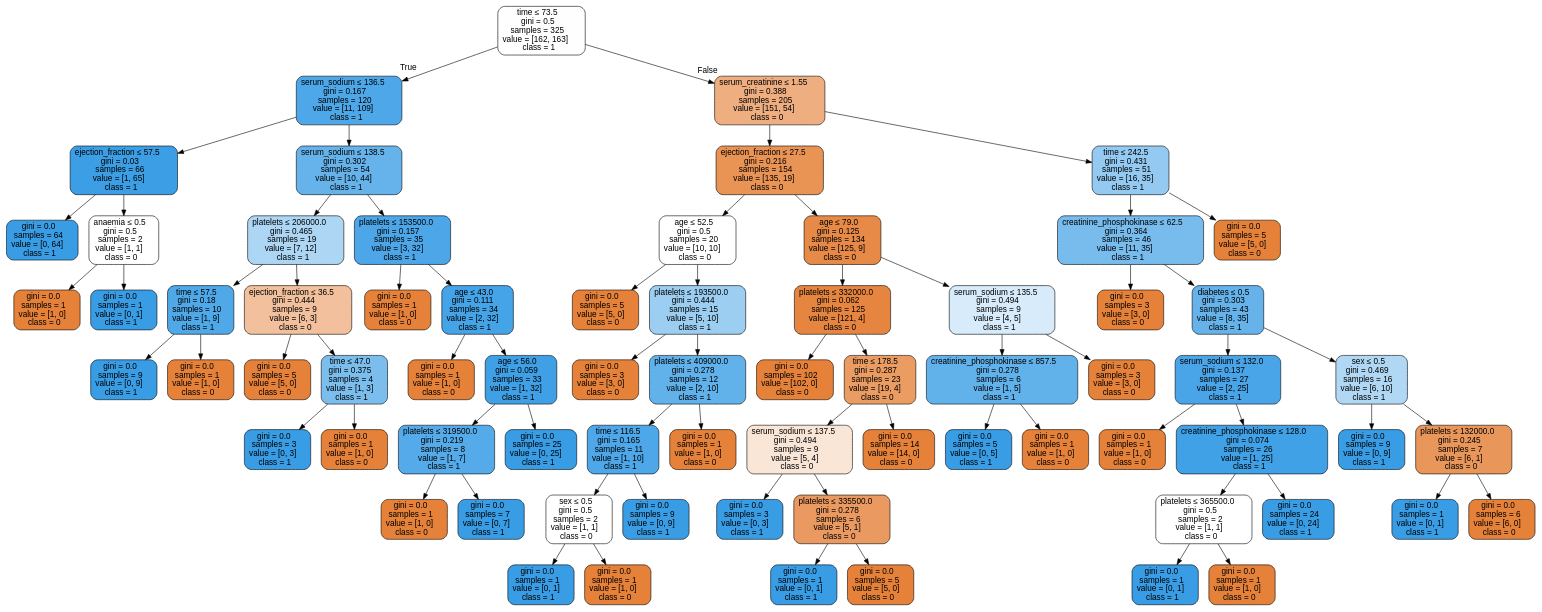
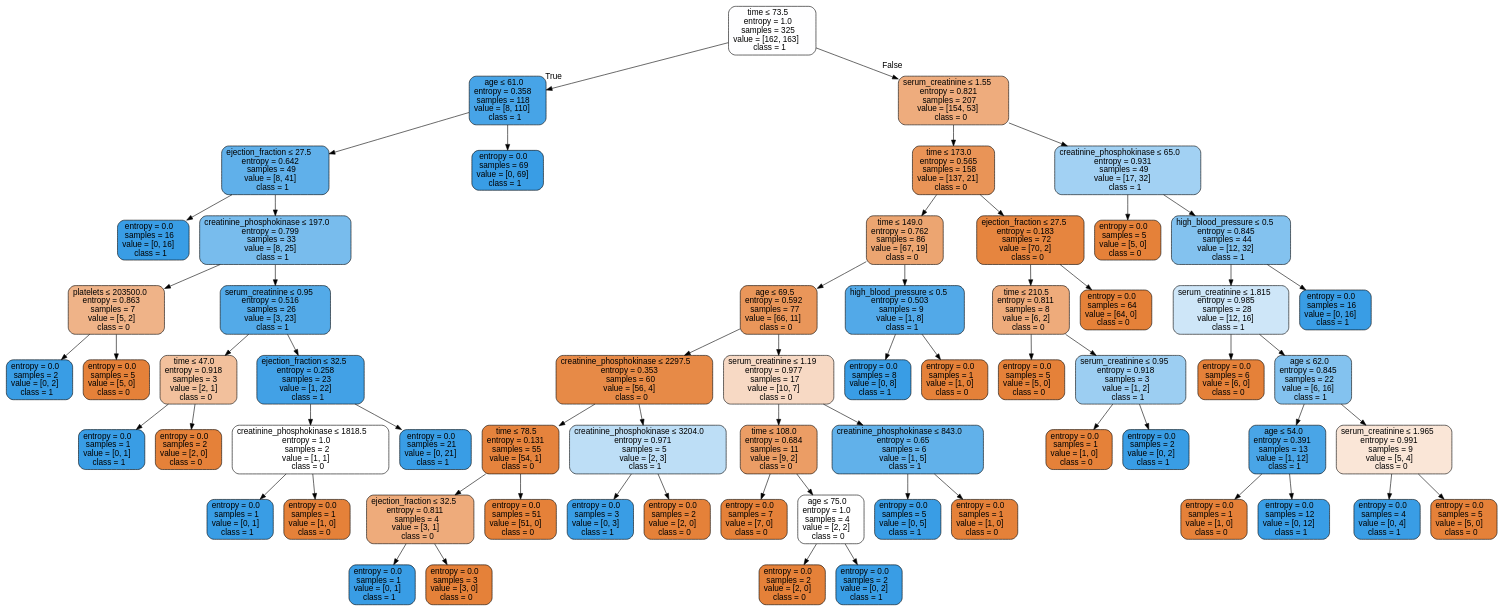
One commit to isabelSoares/CD-2021 changed the diagram in Labs/NewClassifiers/Results/DecisionTrees/OverSample/First/HFCR - OverSample - dtree.dot. Above: the diagram before and after it, drawn with Graphviz. The commit also changed 206 other files, not shown here.

```diff
--- a/Labs/NewClassifiers/Results/DecisionTrees/OverSample/First/HFCR - OverSample - dtree.dot
+++ b/Labs/NewClassifiers/Results/DecisionTrees/OverSample/First/HFCR - OverSample - dtree.dot
@@ -1,145 +1,129 @@
 digraph Tree {
 node [shape=box, style="filled, rounded", color="black", fontname=helvetica] ;
 edge [fontname=helvetica] ;
-0 [label=<time &le; 73.5<br/>gini = 0.5<br/>samples = 325<br/>value = [162, 163]<br/>class = 1>, fillcolor="#fefeff"] ;
-1 [label=<serum_sodium &le; 136.5<br/>gini = 0.167<br/>samples = 120<br/>value = [11, 109]<br/>class = 1>, fillcolor="#4da7e8"] ;
+0 [label=<time &le; 73.5<br/>entropy = 1.0<br/>samples = 325<br/>value = [162, 163]<br/>class = 1>, fillcolor="#fefeff"] ;
+1 [label=<age &le; 61.0<br/>entropy = 0.358<br/>samples = 118<br/>value = [8, 110]<br/>class = 1>, fillcolor="#47a4e7"] ;
 0 -> 1 [labeldistance=2.5, labelangle=45, headlabel="True"] ;
-2 [label=<ejection_fraction &le; 57.5<br/>gini = 0.03<br/>samples = 66<br/>value = [1, 65]<br/>class = 1>, fillcolor="#3c9fe5"] ;
+2 [label=<ejection_fraction &le; 27.5<br/>entropy = 0.642<br/>samples = 49<br/>value = [8, 41]<br/>class = 1>, fillcolor="#60b0ea"] ;
 1 -> 2 ;
-3 [label=<gini = 0.0<br/>samples = 64<br/>value = [0, 64]<br/>class = 1>, fillcolor="#399de5"] ;
+3 [label=<entropy = 0.0<br/>samples = 16<br/>value = [0, 16]<br/>class = 1>, fillcolor="#399de5"] ;
 2 -> 3 ;
-4 [label=<anaemia &le; 0.5<br/>gini = 0.5<br/>samples = 2<br/>value = [1, 1]<br/>class = 0>, fillcolor="#ffffff"] ;
+4 [label=<creatinine_phosphokinase &le; 197.0<br/>entropy = 0.799<br/>samples = 33<br/>value = [8, 25]<br/>class = 1>, fillcolor="#78bced"] ;
 2 -> 4 ;
-5 [label=<gini = 0.0<br/>samples = 1<br/>value = [1, 0]<br/>class = 0>, fillcolor="#e58139"] ;
+5 [label=<platelets &le; 203500.0<br/>entropy = 0.863<br/>samples = 7<br/>value = [5, 2]<br/>class = 0>, fillcolor="#efb388"] ;
 4 -> 5 ;
-6 [label=<gini = 0.0<br/>samples = 1<br/>value = [0, 1]<br/>class = 1>, fillcolor="#399de5"] ;
-4 -> 6 ;
-7 [label=<serum_sodium &le; 138.5<br/>gini = 0.302<br/>samples = 54<br/>value = [10, 44]<br/>class = 1>, fillcolor="#66b3eb"] ;
-1 -> 7 ;
-8 [label=<platelets &le; 206000.0<br/>gini = 0.465<br/>samples = 19<br/>value = [7, 12]<br/>class = 1>, fillcolor="#acd6f4"] ;
-7 -> 8 ;
-9 [label=<time &le; 57.5<br/>gini = 0.18<br/>samples = 10<br/>value = [1, 9]<br/>class = 1>, fillcolor="#4fa8e8"] ;
+6 [label=<entropy = 0.0<br/>samples = 2<br/>value = [0, 2]<br/>class = 1>, fillcolor="#399de5"] ;
+5 -> 6 ;
+7 [label=<entropy = 0.0<br/>samples = 5<br/>value = [5, 0]<br/>class = 0>, fillcolor="#e58139"] ;
+5 -> 7 ;
+8 [label=<serum_creatinine &le; 0.95<br/>entropy = 0.516<br/>samples = 26<br/>value = [3, 23]<br/>class = 1>, fillcolor="#53aae8"] ;
+4 -> 8 ;
+9 [label=<time &le; 47.0<br/>entropy = 0.918<br/>samples = 3<br/>value = [2, 1]<br/>class = 0>, fillcolor="#f2c09c"] ;
 8 -> 9 ;
-10 [label=<gini = 0.0<br/>samples = 9<br/>value = [0, 9]<br/>class = 1>, fillcolor="#399de5"] ;
+10 [label=<entropy = 0.0<br/>samples = 1<br/>value = [0, 1]<br/>class = 1>, fillcolor="#399de5"] ;
 9 -> 10 ;
-11 [label=<gini = 0.0<br/>samples = 1<br/>value = [1, 0]<br/>class = 0>, fillcolor="#e58139"] ;
+11 [label=<entropy = 0.0<br/>samples = 2<br/>value = [2, 0]<br/>class = 0>, fillcolor="#e58139"] ;
 9 -> 11 ;
-12 [label=<ejection_fraction &le; 36.5<br/>gini = 0.444<br/>samples = 9<br/>value = [6, 3]<br/>class = 0>, fillcolor="#f2c09c"] ;
+12 [label=<ejection_fraction &le; 32.5<br/>entropy = 0.258<br/>samples = 23<br/>value = [1, 22]<br/>class = 1>, fillcolor="#42a1e6"] ;
 8 -> 12 ;
-13 [label=<gini = 0.0<br/>samples = 5<br/>value = [5, 0]<br/>class = 0>, fillcolor="#e58139"] ;
+13 [label=<creatinine_phosphokinase &le; 1818.5<br/>entropy = 1.0<br/>samples = 2<br/>value = [1, 1]<br/>class = 0>, fillcolor="#ffffff"] ;
 12 -> 13 ;
-14 [label=<time &le; 47.0<br/>gini = 0.375<br/>samples = 4<br/>value = [1, 3]<br/>class = 1>, fillcolor="#7bbeee"] ;
-12 -> 14 ;
-15 [label=<gini = 0.0<br/>samples = 3<br/>value = [0, 3]<br/>class = 1>, fillcolor="#399de5"] ;
-14 -> 15 ;
-16 [label=<gini = 0.0<br/>samples = 1<br/>value = [1, 0]<br/>class = 0>, fillcolor="#e58139"] ;
-14 -> 16 ;
-17 [label=<platelets &le; 153500.0<br/>gini = 0.157<br/>samples = 35<br/>value = [3, 32]<br/>class = 1>, fillcolor="#4ca6e7"] ;
-7 -> 17 ;
-18 [label=<gini = 0.0<br/>samples = 1<br/>value = [1, 0]<br/>class = 0>, fillcolor="#e58139"] ;
-17 -> 18 ;
-19 [label=<age &le; 43.0<br/>gini = 0.111<br/>samples = 34<br/>value = [2, 32]<br/>class = 1>, fillcolor="#45a3e7"] ;
-17 -> 19 ;
-20 [label=<gini = 0.0<br/>samples = 1<br/>value = [1, 0]<br/>class = 0>, fillcolor="#e58139"] ;
+14 [label=<entropy = 0.0<br/>samples = 1<br/>value = [0, 1]<br/>class = 1>, fillcolor="#399de5"] ;
+13 -> 14 ;
+15 [label=<entropy = 0.0<br/>samples = 1<br/>value = [1, 0]<br/>class = 0>, fillcolor="#e58139"] ;
+13 -> 15 ;
+16 [label=<entropy = 0.0<br/>samples = 21<br/>value = [0, 21]<br/>class = 1>, fillcolor="#399de5"] ;
+12 -> 16 ;
+17 [label=<entropy = 0.0<br/>samples = 69<br/>value = [0, 69]<br/>class = 1>, fillcolor="#399de5"] ;
+1 -> 17 ;
+18 [label=<serum_creatinine &le; 1.55<br/>entropy = 0.821<br/>samples = 207<br/>value = [154, 53]<br/>class = 0>, fillcolor="#eeac7d"] ;
+0 -> 18 [labeldistance=2.5, labelangle=-45, headlabel="False"] ;
+19 [label=<time &le; 173.0<br/>entropy = 0.565<br/>samples = 158<br/>value = [137, 21]<br/>class = 0>, fillcolor="#e99457"] ;
+18 -> 19 ;
+20 [label=<time &le; 149.0<br/>entropy = 0.762<br/>samples = 86<br/>value = [67, 19]<br/>class = 0>, fillcolor="#eca571"] ;
 19 -> 20 ;
-21 [label=<age &le; 56.0<br/>gini = 0.059<br/>samples = 33<br/>value = [1, 32]<br/>class = 1>, fillcolor="#3fa0e6"] ;
-19 -> 21 ;
-22 [label=<platelets &le; 319500.0<br/>gini = 0.219<br/>samples = 8<br/>value = [1, 7]<br/>class = 1>, fillcolor="#55abe9"] ;
+21 [label=<age &le; 69.5<br/>entropy = 0.592<br/>samples = 77<br/>value = [66, 11]<br/>class = 0>, fillcolor="#e9965a"] ;
+20 -> 21 ;
+22 [label=<creatinine_phosphokinase &le; 2297.5<br/>entropy = 0.353<br/>samples = 60<br/>value = [56, 4]<br/>class = 0>, fillcolor="#e78a47"] ;
 21 -> 22 ;
-23 [label=<gini = 0.0<br/>samples = 1<br/>value = [1, 0]<br/>class = 0>, fillcolor="#e58139"] ;
+23 [label=<time &le; 78.5<br/>entropy = 0.131<br/>samples = 55<br/>value = [54, 1]<br/>class = 0>, fillcolor="#e5833d"] ;
 22 -> 23 ;
-24 [label=<gini = 0.0<br/>samples = 7<br/>value = [0, 7]<br/>class = 1>, fillcolor="#399de5"] ;
-22 -> 24 ;
-25 [label=<gini = 0.0<br/>samples = 25<br/>value = [0, 25]<br/>class = 1>, fillcolor="#399de5"] ;
-21 -> 25 ;
-26 [label=<serum_creatinine &le; 1.55<br/>gini = 0.388<br/>samples = 205<br/>value = [151, 54]<br/>class = 0>, fillcolor="#eeae80"] ;
-0 -> 26 [labeldistance=2.5, labelangle=-45, headlabel="False"] ;
-27 [label=<ejection_fraction &le; 27.5<br/>gini = 0.216<br/>samples = 154<br/>value = [135, 19]<br/>class = 0>, fillcolor="#e99355"] ;
-26 -> 27 ;
-28 [label=<age &le; 52.5<br/>gini = 0.5<br/>samples = 20<br/>value = [10, 10]<br/>class = 0>, fillcolor="#ffffff"] ;
-27 -> 28 ;
-29 [label=<gini = 0.0<br/>samples = 5<br/>value = [5, 0]<br/>class = 0>, fillcolor="#e58139"] ;
+24 [label=<ejection_fraction &le; 32.5<br/>entropy = 0.811<br/>samples = 4<br/>value = [3, 1]<br/>class = 0>, fillcolor="#eeab7b"] ;
+23 -> 24 ;
+25 [label=<entropy = 0.0<br/>samples = 1<br/>value = [0, 1]<br/>class = 1>, fillcolor="#399de5"] ;
+24 -> 25 ;
+26 [label=<entropy = 0.0<br/>samples = 3<br/>value = [3, 0]<br/>class = 0>, fillcolor="#e58139"] ;
+24 -> 26 ;
+27 [label=<entropy = 0.0<br/>samples = 51<br/>value = [51, 0]<br/>class = 0>, fillcolor="#e58139"] ;
+23 -> 27 ;
+28 [label=<creatinine_phosphokinase &le; 3204.0<br/>entropy = 0.971<br/>samples = 5<br/>value = [2, 3]<br/>class = 1>, fillcolor="#bddef6"] ;
+22 -> 28 ;
+29 [label=<entropy = 0.0<br/>samples = 3<br/>value = [0, 3]<br/>class = 1>, fillcolor="#399de5"] ;
 28 -> 29 ;
-30 [label=<platelets &le; 193500.0<br/>gini = 0.444<br/>samples = 15<br/>value = [5, 10]<br/>class = 1>, fillcolor="#9ccef2"] ;
+30 [label=<entropy = 0.0<br/>samples = 2<br/>value = [2, 0]<br/>class = 0>, fillcolor="#e58139"] ;
 28 -> 30 ;
-31 [label=<gini = 0.0<br/>samples = 3<br/>value = [3, 0]<br/>class = 0>, fillcolor="#e58139"] ;
-30 -> 31 ;
-32 [label=<platelets &le; 409000.0<br/>gini = 0.278<br/>samples = 12<br/>value = [2, 10]<br/>class = 1>, fillcolor="#61b1ea"] ;
-30 -> 32 ;
-33 [label=<time &le; 116.5<br/>gini = 0.165<br/>samples = 11<br/>value = [1, 10]<br/>class = 1>, fillcolor="#4da7e8"] ;
+31 [label=<serum_creatinine &le; 1.19<br/>entropy = 0.977<br/>samples = 17<br/>value = [10, 7]<br/>class = 0>, fillcolor="#f7d9c4"] ;
+21 -> 31 ;
+32 [label=<time &le; 108.0<br/>entropy = 0.684<br/>samples = 11<br/>value = [9, 2]<br/>class = 0>, fillcolor="#eb9d65"] ;
+31 -> 32 ;
+33 [label=<entropy = 0.0<br/>samples = 7<br/>value = [7, 0]<br/>class = 0>, fillcolor="#e58139"] ;
 32 -> 33 ;
-34 [label=<sex &le; 0.5<br/>gini = 0.5<br/>samples = 2<br/>value = [1, 1]<br/>class = 0>, fillcolor="#ffffff"] ;
-33 -> 34 ;
-35 [label=<gini = 0.0<br/>samples = 1<br/>value = [0, 1]<br/>class = 1>, fillcolor="#399de5"] ;
+34 [label=<age &le; 75.0<br/>entropy = 1.0<br/>samples = 4<br/>value = [2, 2]<br/>class = 0>, fillcolor="#ffffff"] ;
+32 -> 34 ;
+35 [label=<entropy = 0.0<br/>samples = 2<br/>value = [2, 0]<br/>class = 0>, fillcolor="#e58139"] ;
 34 -> 35 ;
-36 [label=<gini = 0.0<br/>samples = 1<br/>value = [1, 0]<br/>class = 0>, fillcolor="#e58139"] ;
+36 [label=<entropy = 0.0<br/>samples = 2<br/>value = [0, 2]<br/>class = 1>, fillcolor="#399de5"] ;
 34 -> 36 ;
-37 [label=<gini = 0.0<br/>samples = 9<br/>value = [0, 9]<br/>class = 1>, fillcolor="#399de5"] ;
-33 -> 37 ;
-38 [label=<gini = 0.0<br/>samples = 1<br/>value = [1, 0]<br/>class = 0>, fillcolor="#e58139"] ;
-32 -> 38 ;
-39 [label=<age &le; 79.0<br/>gini = 0.125<br/>samples = 134<br/>value = [125, 9]<br/>class = 0>, fillcolor="#e78a47"] ;
-27 -> 39 ;
-40 [label=<platelets &le; 332000.0<br/>gini = 0.062<br/>samples = 125<br/>value = [121, 4]<br/>class = 0>, fillcolor="#e68540"] ;
-39 -> 40 ;
-41 [label=<gini = 0.0<br/>samples = 102<br/>value = [102, 0]<br/>class = 0>, fillcolor="#e58139"] ;
+37 [label=<creatinine_phosphokinase &le; 843.0<br/>entropy = 0.65<br/>samples = 6<br/>value = [1, 5]<br/>class = 1>, fillcolor="#61b1ea"] ;
+31 -> 37 ;
+38 [label=<entropy = 0.0<br/>samples = 5<br/>value = [0, 5]<br/>class = 1>, fillcolor="#399de5"] ;
+37 -> 38 ;
+39 [label=<entropy = 0.0<br/>samples = 1<br/>value = [1, 0]<br/>class = 0>, fillcolor="#e58139"] ;
+37 -> 39 ;
+40 [label=<high_blood_pressure &le; 0.5<br/>entropy = 0.503<br/>samples = 9<br/>value = [1, 8]<br/>class = 1>, fillcolor="#52a9e8"] ;
+20 -> 40 ;
+41 [label=<entropy = 0.0<br/>samples = 8<br/>value = [0, 8]<br/>class = 1>, fillcolor="#399de5"] ;
 40 -> 41 ;
-42 [label=<time &le; 178.5<br/>gini = 0.287<br/>samples = 23<br/>value = [19, 4]<br/>class = 0>, fillcolor="#ea9c63"] ;
+42 [label=<entropy = 0.0<br/>samples = 1<br/>value = [1, 0]<br/>class = 0>, fillcolor="#e58139"] ;
 40 -> 42 ;
-43 [label=<serum_sodium &le; 137.5<br/>gini = 0.494<br/>samples = 9<br/>value = [5, 4]<br/>class = 0>, fillcolor="#fae6d7"] ;
-42 -> 43 ;
-44 [label=<gini = 0.0<br/>samples = 3<br/>value = [0, 3]<br/>class = 1>, fillcolor="#399de5"] ;
+43 [label=<ejection_fraction &le; 27.5<br/>entropy = 0.183<br/>samples = 72<br/>value = [70, 2]<br/>class = 0>, fillcolor="#e6853f"] ;
+19 -> 43 ;
+44 [label=<time &le; 210.5<br/>entropy = 0.811<br/>samples = 8<br/>value = [6, 2]<br/>class = 0>, fillcolor="#eeab7b"] ;
 43 -> 44 ;
-45 [label=<platelets &le; 335500.0<br/>gini = 0.278<br/>samples = 6<br/>value = [5, 1]<br/>class = 0>, fillcolor="#ea9a61"] ;
-43 -> 45 ;
-46 [label=<gini = 0.0<br/>samples = 1<br/>value = [0, 1]<br/>class = 1>, fillcolor="#399de5"] ;
-45 -> 46 ;
-47 [label=<gini = 0.0<br/>samples = 5<br/>value = [5, 0]<br/>class = 0>, fillcolor="#e58139"] ;
-45 -> 47 ;
-48 [label=<gini = 0.0<br/>samples = 14<br/>value = [14, 0]<br/>class = 0>, fillcolor="#e58139"] ;
-42 -> 48 ;
-49 [label=<serum_sodium &le; 135.5<br/>gini = 0.494<br/>samples = 9<br/>value = [4, 5]<br/>class = 1>, fillcolor="#d7ebfa"] ;
-39 -> 49 ;
-50 [label=<creatinine_phosphokinase &le; 857.5<br/>gini = 0.278<br/>samples = 6<br/>value = [1, 5]<br/>class = 1>, fillcolor="#61b1ea"] ;
-49 -> 50 ;
-51 [label=<gini = 0.0<br/>samples = 5<br/>value = [0, 5]<br/>class = 1>, fillcolor="#399de5"] ;
+45 [label=<entropy = 0.0<br/>samples = 5<br/>value = [5, 0]<br/>class = 0>, fillcolor="#e58139"] ;
+44 -> 45 ;
+46 [label=<serum_creatinine &le; 0.95<br/>entropy = 0.918<br/>samples = 3<br/>value = [1, 2]<br/>class = 1>, fillcolor="#9ccef2"] ;
+44 -> 46 ;
+47 [label=<entropy = 0.0<br/>samples = 1<br/>value = [1, 0]<br/>class = 0>, fillcolor="#e58139"] ;
+46 -> 47 ;
+48 [label=<entropy = 0.0<br/>samples = 2<br/>value = [0, 2]<br/>class = 1>, fillcolor="#399de5"] ;
+46 -> 48 ;
+49 [label=<entropy = 0.0<br/>samples = 64<br/>value = [64, 0]<br/>class = 0>, fillcolor="#e58139"] ;
+43 -> 49 ;
+50 [label=<creatinine_phosphokinase &le; 65.0<br/>entropy = 0.931<br/>samples = 49<br/>value = [17, 32]<br/>class = 1>, fillcolor="#a2d1f3"] ;
+18 -> 50 ;
+51 [label=<entropy = 0.0<br/>samples = 5<br/>value = [5, 0]<br/>class = 0>, fillcolor="#e58139"] ;
 50 -> 51 ;
-52 [label=<gini = 0.0<br/>samples = 1<br/>value = [1, 0]<br/>class = 0>, fillcolor="#e58139"] ;
+52 [label=<high_blood_pressure &le; 0.5<br/>entropy = 0.845<br/>samples = 44<br/>value = [12, 32]<br/>class = 1>, fillcolor="#83c2ef"] ;
 50 -> 52 ;
-53 [label=<gini = 0.0<br/>samples = 3<br/>value = [3, 0]<br/>class = 0>, fillcolor="#e58139"] ;
-49 -> 53 ;
-54 [label=<time &le; 242.5<br/>gini = 0.431<br/>samples = 51<br/>value = [16, 35]<br/>class = 1>, fillcolor="#94caf1"] ;
-26 -> 54 ;
-55 [label=<creatinine_phosphokinase &le; 62.5<br/>gini = 0.364<br/>samples = 46<br/>value = [11, 35]<br/>class = 1>, fillcolor="#77bced"] ;
-54 -> 55 ;
-56 [label=<gini = 0.0<br/>samples = 3<br/>value = [3, 0]<br/>class = 0>, fillcolor="#e58139"] ;
+53 [label=<serum_creatinine &le; 1.815<br/>entropy = 0.985<br/>samples = 28<br/>value = [12, 16]<br/>class = 1>, fillcolor="#cee6f8"] ;
+52 -> 53 ;
+54 [label=<entropy = 0.0<br/>samples = 6<br/>value = [6, 0]<br/>class = 0>, fillcolor="#e58139"] ;
+53 -> 54 ;
+55 [label=<age &le; 62.0<br/>entropy = 0.845<br/>samples = 22<br/>value = [6, 16]<br/>class = 1>, fillcolor="#83c2ef"] ;
+53 -> 55 ;
+56 [label=<age &le; 54.0<br/>entropy = 0.391<br/>samples = 13<br/>value = [1, 12]<br/>class = 1>, fillcolor="#49a5e7"] ;
 55 -> 56 ;
-57 [label=<diabetes &le; 0.5<br/>gini = 0.303<br/>samples = 43<br/>value = [8, 35]<br/>class = 1>, fillcolor="#66b3eb"] ;
-55 -> 57 ;
-58 [label=<serum_sodium &le; 132.0<br/>gini = 0.137<br/>samples = 27<br/>value = [2, 25]<br/>class = 1>, fillcolor="#49a5e7"] ;
-57 -> 58 ;
-59 [label=<gini = 0.0<br/>samples = 1<br/>value = [1, 0]<br/>class = 0>, fillcolor="#e58139"] ;
-58 -> 59 ;
-60 [label=<creatinine_phosphokinase &le; 128.0<br/>gini = 0.074<br/>samples = 26<br/>value = [1, 25]<br/>class = 1>, fillcolor="#41a1e6"] ;
-58 -> 60 ;
-61 [label=<platelets &le; 365500.0<br/>gini = 0.5<br/>samples = 2<br/>value = [1, 1]<br/>class = 0>, fillcolor="#ffffff"] ;
-60 -> 61 ;
-62 [label=<gini = 0.0<br/>samples = 1<br/>value = [0, 1]<br/>class = 1>, fillcolor="#399de5"] ;
-61 -> 62 ;
-63 [label=<gini = 0.0<br/>samples = 1<br/>value = [1, 0]<br/>class = 0>, fillcolor="#e58139"] ;
-61 -> 63 ;
-64 [label=<gini = 0.0<br/>samples = 24<br/>value = [0, 24]<br/>class = 1>, fillcolor="#399de5"] ;
-60 -> 64 ;
-65 [label=<sex &le; 0.5<br/>gini = 0.469<br/>samples = 16<br/>value = [6, 10]<br/>class = 1>, fillcolor="#b0d8f5"] ;
-57 -> 65 ;
-66 [label=<gini = 0.0<br/>samples = 9<br/>value = [0, 9]<br/>class = 1>, fillcolor="#399de5"] ;
-65 -> 66 ;
-67 [label=<platelets &le; 132000.0<br/>gini = 0.245<br/>samples = 7<br/>value = [6, 1]<br/>class = 0>, fillcolor="#e9965a"] ;
-65 -> 67 ;
-68 [label=<gini = 0.0<br/>samples = 1<br/>value = [0, 1]<br/>class = 1>, fillcolor="#399de5"] ;
-67 -> 68 ;
-69 [label=<gini = 0.0<br/>samples = 6<br/>value = [6, 0]<br/>class = 0>, fillcolor="#e58139"] ;
-67 -> 69 ;
-70 [label=<gini = 0.0<br/>samples = 5<br/>value = [5, 0]<br/>class = 0>, fillcolor="#e58139"] ;
-54 -> 70 ;
+57 [label=<entropy = 0.0<br/>samples = 1<br/>value = [1, 0]<br/>class = 0>, fillcolor="#e58139"] ;
+56 -> 57 ;
+58 [label=<entropy = 0.0<br/>samples = 12<br/>value = [0, 12]<br/>class = 1>, fillcolor="#399de5"] ;
+56 -> 58 ;
+59 [label=<serum_creatinine &le; 1.965<br/>entropy = 0.991<br/>samples = 9<br/>value = [5, 4]<br/>class = 0>, fillcolor="#fae6d7"] ;
+55 -> 59 ;
+60 [label=<entropy = 0.0<br/>samples = 4<br/>value = [0, 4]<br/>class = 1>, fillcolor="#399de5"] ;
+59 -> 60 ;
+61 [label=<entropy = 0.0<br/>samples = 5<br/>value = [5, 0]<br/>class = 0>, fillcolor="#e58139"] ;
+59 -> 61 ;
+62 [label=<entropy = 0.0<br/>samples = 16<br/>value = [0, 16]<br/>class = 1>, fillcolor="#399de5"] ;
+52 -> 62 ;
 }
```
